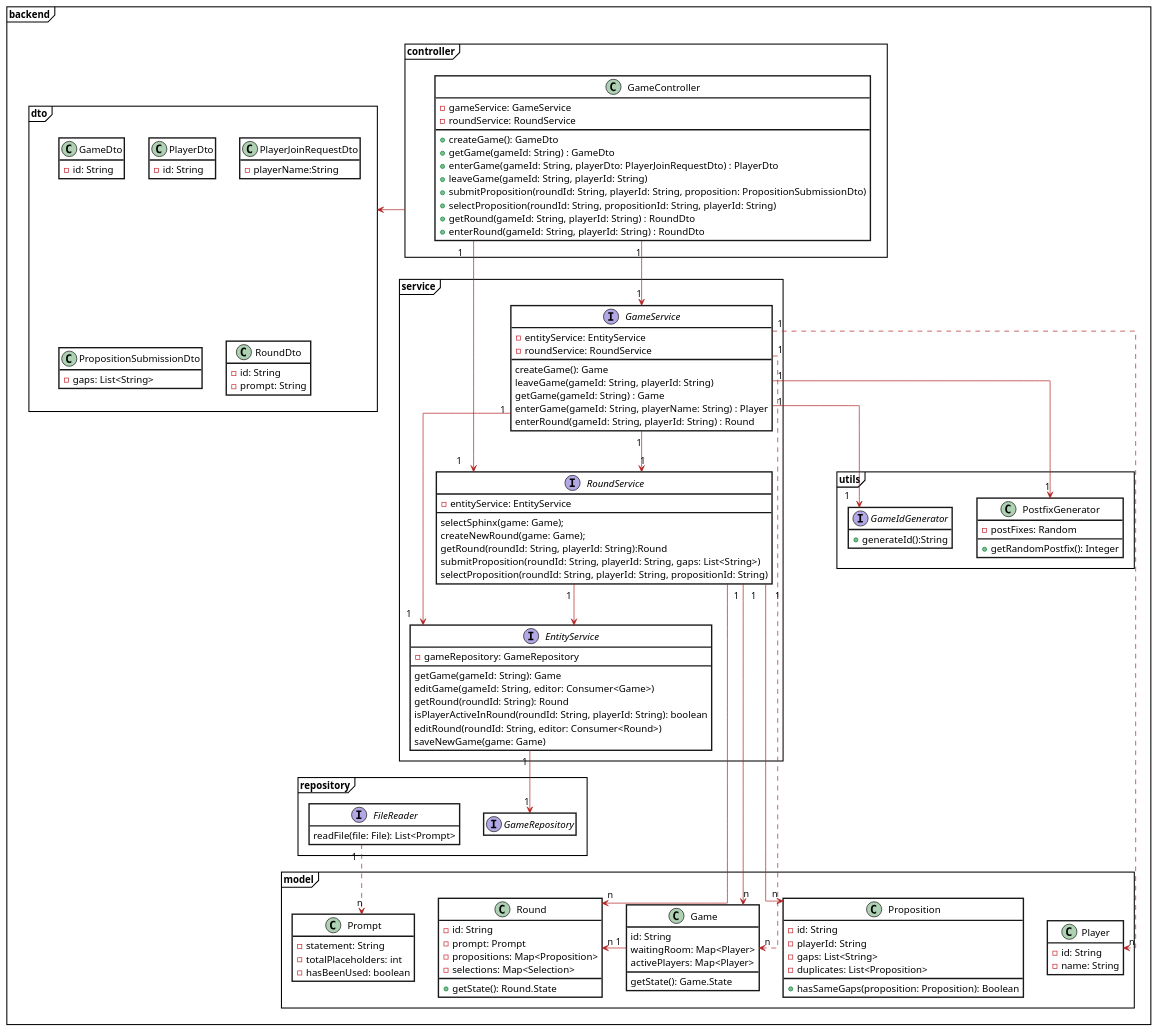
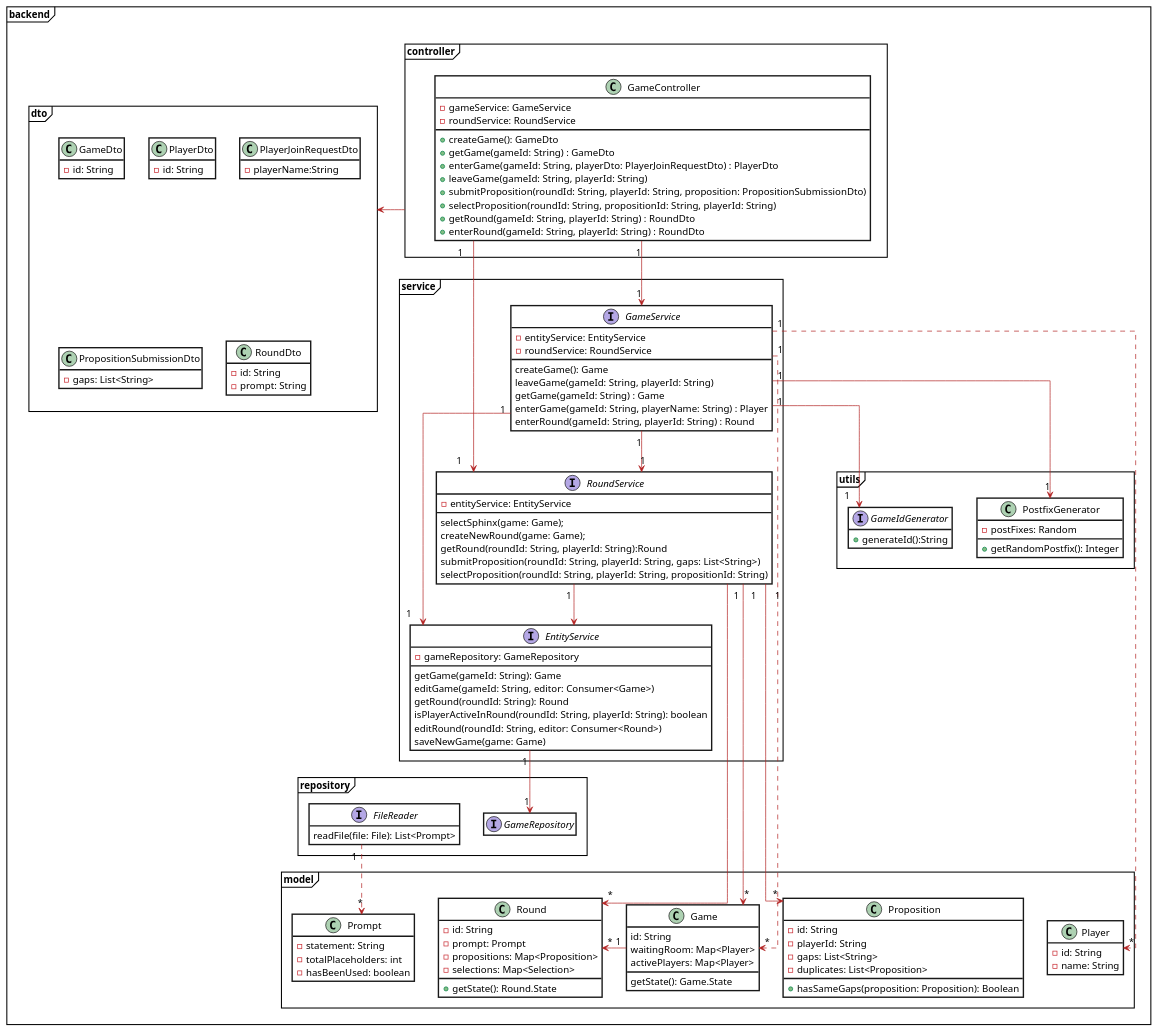
The diagram in docs/diagrams/DCD_full.plantuml (patrickwinti/worldwidewalter), drawn with PlantUML before and after one commit. The commit also changed 7 other files, not shown here.

Commit message:
[WWW-59] fixes diagrams

```diff
--- a/docs/diagrams/DCD_full.plantuml
+++ b/docs/diagrams/DCD_full.plantuml
@@ -1,150 +1,150 @@
 @startuml
 skinparam class {
     BackgroundColor white
     ArrowColor Firebrick
     BorderThickness 2
 }
 skinparam Note{
     BorderColor #FFD966
     BackgroundColor #FFD966
 }
 skinparam roundcorner 0
 skinparam packagestyle Frame
 hide empty members
 'left to right direction
 skinparam linetype ortho
 
 package backend{
     package controller {
         class GameController {
             -gameService: GameService
             -roundService: RoundService
             +createGame(): GameDto
             +getGame(gameId: String) : GameDto
             +enterGame(gameId: String, playerDto: PlayerJoinRequestDto) : PlayerDto
             +leaveGame(gameId: String, playerId: String)
             +submitProposition(roundId: String, playerId: String, proposition: PropositionSubmissionDto)
             +selectProposition(roundId: String, propositionId: String, playerId: String)
             +getRound(gameId: String, playerId: String) : RoundDto
             +enterRound(gameId: String, playerId: String) : RoundDto
         }
     }
     package dto {
         class GameDto {
            -id: String
         }
         class PlayerDto {
            -id: String
         }
         class PlayerJoinRequestDto {
             -playerName:String
         }
         class PropositionSubmissionDto {
             -gaps: List<String>
         }
         class RoundDto {
             -id: String
             -prompt: String
         }
     }
     package model {
         class Game {
             id: String
             waitingRoom: Map<Player>
             activePlayers: Map<Player>
             getState(): Game.State
         }
         class Prompt{
             -statement: String
             -totalPlaceholders: int
             -hasBeenUsed: boolean
         }
         class Proposition{
             -id: String
             -playerId: String
             -gaps: List<String>
             -duplicates: List<Proposition>
             +hasSameGaps(proposition: Proposition): Boolean
         }
         class Player {
               -id: String
               -name: String
         }
         class Round {
              -id: String
              -prompt: Prompt
              -propositions: Map<Proposition>
              -selections: Map<Selection>
              +getState(): Round.State
         }
     }
     package service {
         interface GameService{
             -entityService: EntityService
             -roundService: RoundService
            createGame(): Game
            leaveGame(gameId: String, playerId: String)
            getGame(gameId: String) : Game
            enterGame(gameId: String, playerName: String) : Player
            enterRound(gameId: String, playerId: String) : Round
         }
         interface RoundService{
             -entityService: EntityService
             selectSphinx(game: Game);
             createNewRound(game: Game);
             getRound(roundId: String, playerId: String):Round
             submitProposition(roundId: String, playerId: String, gaps: List<String>)
             selectProposition(roundId: String, playerId: String, propositionId: String)
         }
         interface EntityService{
            -gameRepository: GameRepository
             getGame(gameId: String): Game
             editGame(gameId: String, editor: Consumer<Game>)
             getRound(roundId: String): Round
             isPlayerActiveInRound(roundId: String, playerId: String): boolean
             editRound(roundId: String, editor: Consumer<Round>)
             saveNewGame(game: Game)
         }
     }
     package repository {
         interface GameRepository
          interface FileReader{
               readFile(file: File): List<Prompt>
          }
     }
 
     package utils{
         class PostfixGenerator {
             -postFixes: Random
             +getRandomPostfix(): Integer
         }
 
         interface GameIdGenerator {
             +generateId():String
         }
     }
 }
 
 controller ->dto
 
 GameController "1"->"1" RoundService
 GameController "1"-->"1" GameService
 
-GameService "1"..>"n" Game
-GameService "1"..>"n" Player
+GameService "1"..>"*" Game
+GameService "1"..>"*" Player
 GameService "1"-->"1" EntityService
 GameService "1"-->"1" PostfixGenerator
 GameService "1"-->"1" GameIdGenerator
 GameService "1"-->"1" RoundService
 
-RoundService "1"-->"n" Game
-RoundService "1"-->"n" Round
-RoundService "1"-->"n"  Proposition
+RoundService "1"-->"*" Game
+RoundService "1"-->"*" Round
+RoundService "1"-->"*"  Proposition
 RoundService "1"--> EntityService
 
 EntityService "1"-->"1" GameRepository
 
-FileReader "1"..>"n" Prompt
+FileReader "1"..>"*" Prompt
 
-Game "1"->"n" Round
+Game "1"->"*" Round
 @enduml
```
